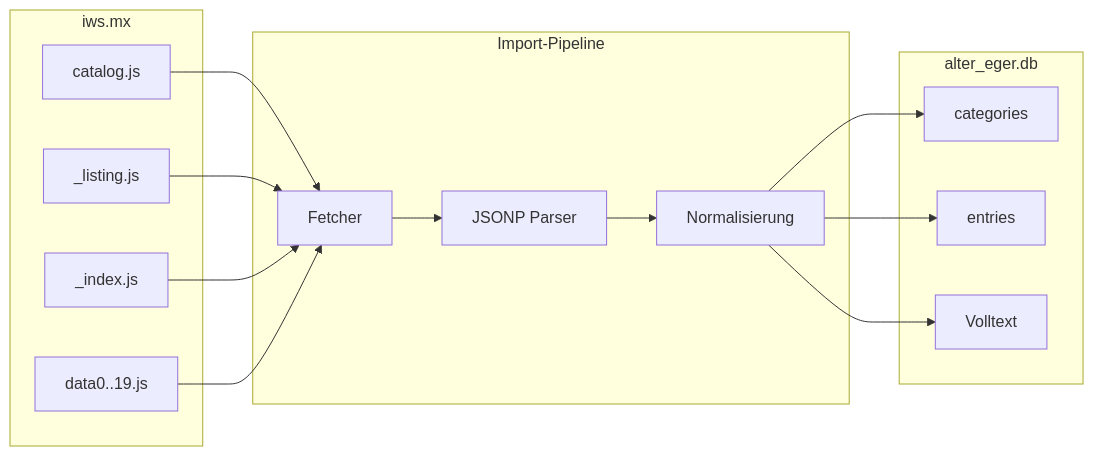
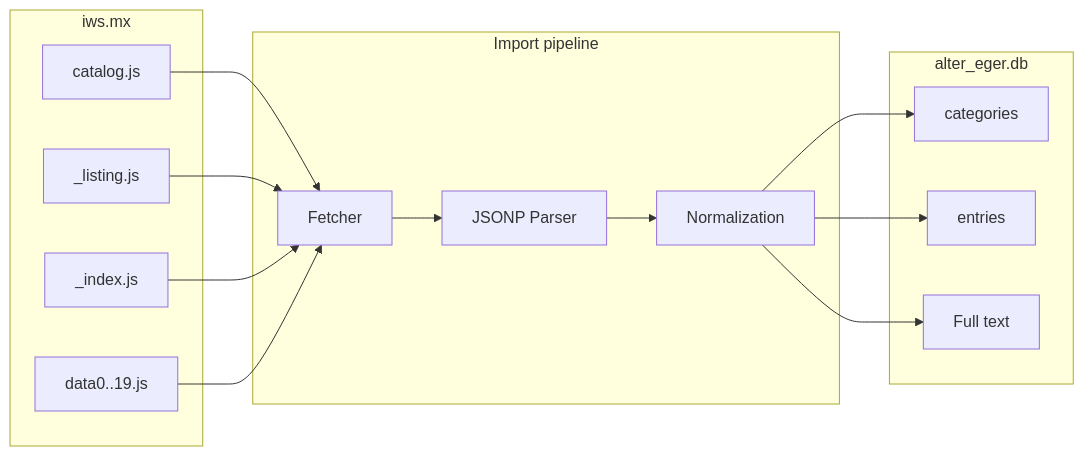
Before and after one commit to BlackScyther/alter_ego: the second of 4 diagrams in PROJECT.md, drawn with Mermaid. The commit also changed other lines of this file and 8 other files, not shown here.

````diff
--- a/PROJECT.md
+++ b/PROJECT.md
@@ -108,26 +108,26 @@
 ```mermaid
 flowchart LR
   subgraph source [iws.mx]
     catalog[catalog.js]
     listing["_listing.js"]
     index["_index.js"]
     data["data0..19.js"]
   end
-  subgraph import [Import-Pipeline]
+  subgraph import [Import pipeline]
     fetch[Fetcher]
     parse[JSONP Parser]
-    normalize[Normalisierung]
+    normalize[Normalization]
   end
   subgraph local [alter_eger.db]
     categories[categories]
     entries[entries]
-    fts[Volltext]
+    fts[Full text]
   end
   catalog --> fetch
   listing --> fetch
   index --> fetch
   data --> fetch
   fetch --> parse --> normalize --> categories
   normalize --> entries
   normalize --> fts
 ```
````
